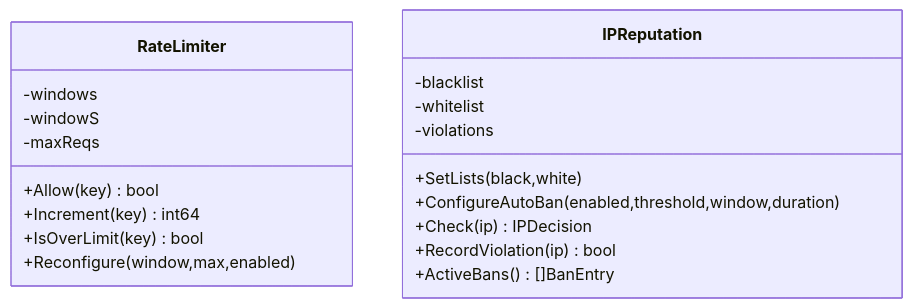
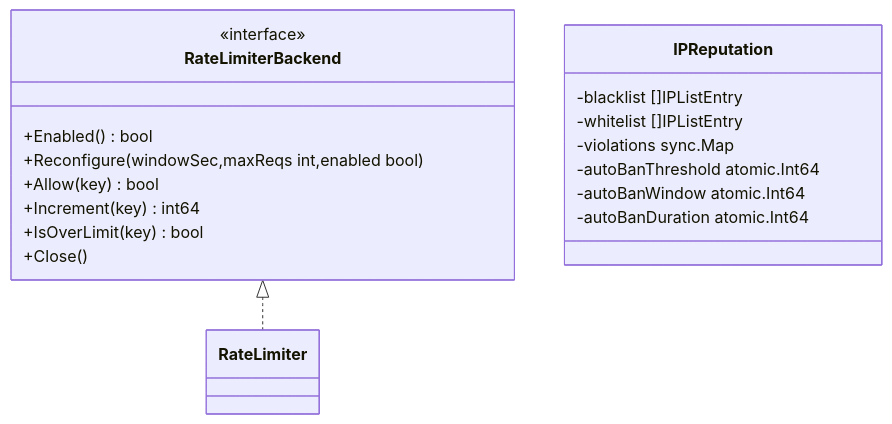
The fifth of 6 diagrams in docs/项目概述/项目概述.md (x01n/My-OpenWaf), drawn with Mermaid before and after one commit. The commit also changed other lines of this file and 622 other files, not shown here.

````diff
--- a/docs/项目概述/项目概述.md
+++ b/docs/项目概述/项目概述.md
@@ -385,22 +317,21 @@
 ```mermaid
 classDiagram
-class RateLimiter {
--windows
--windowS
--maxReqs
+class RateLimiterBackend {
+<<interface>>
++Enabled() bool
++Reconfigure(windowSec,maxReqs int,enabled bool)
 +Allow(key) bool
 +Increment(key) int64
 +IsOverLimit(key) bool
-+Reconfigure(window,max,enabled)
++Close()
 }
 class IPReputation {
--blacklist
--whitelist
--violations
-+SetLists(black,white)
-+ConfigureAutoBan(enabled,threshold,window,duration)
-+Check(ip) IPDecision
-+RecordViolation(ip) bool
-+ActiveBans() []BanEntry
+-blacklist []IPListEntry
+-whitelist []IPListEntry
+-violations sync.Map
+-autoBanThreshold atomic.Int64
+-autoBanWindow atomic.Int64
+-autoBanDuration atomic.Int64
 }
+RateLimiterBackend <|.. RateLimiter
 ```
````
